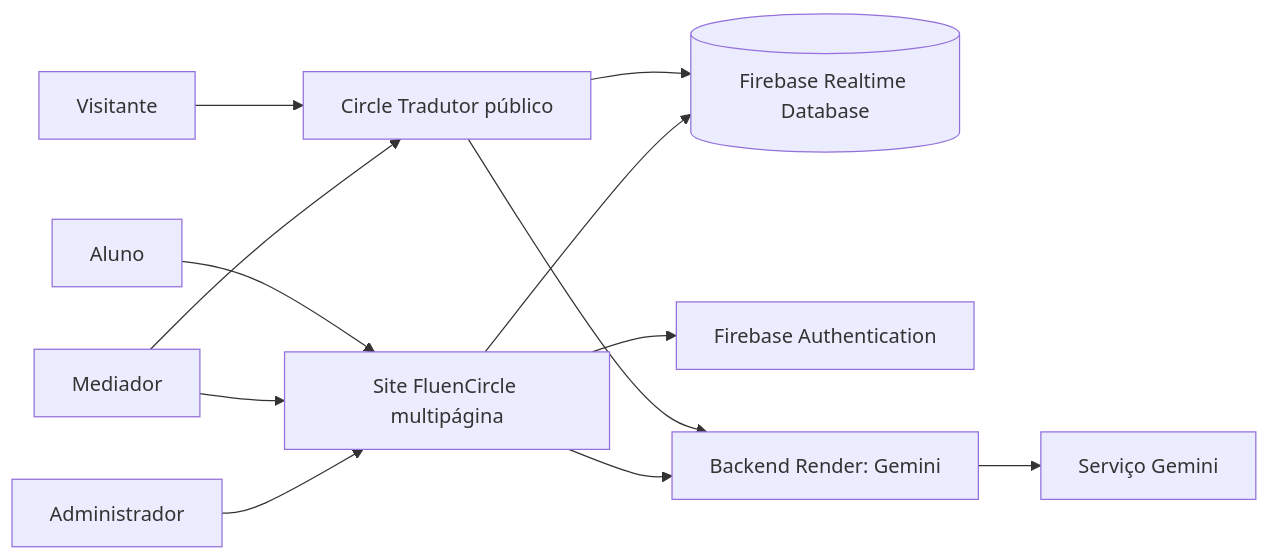
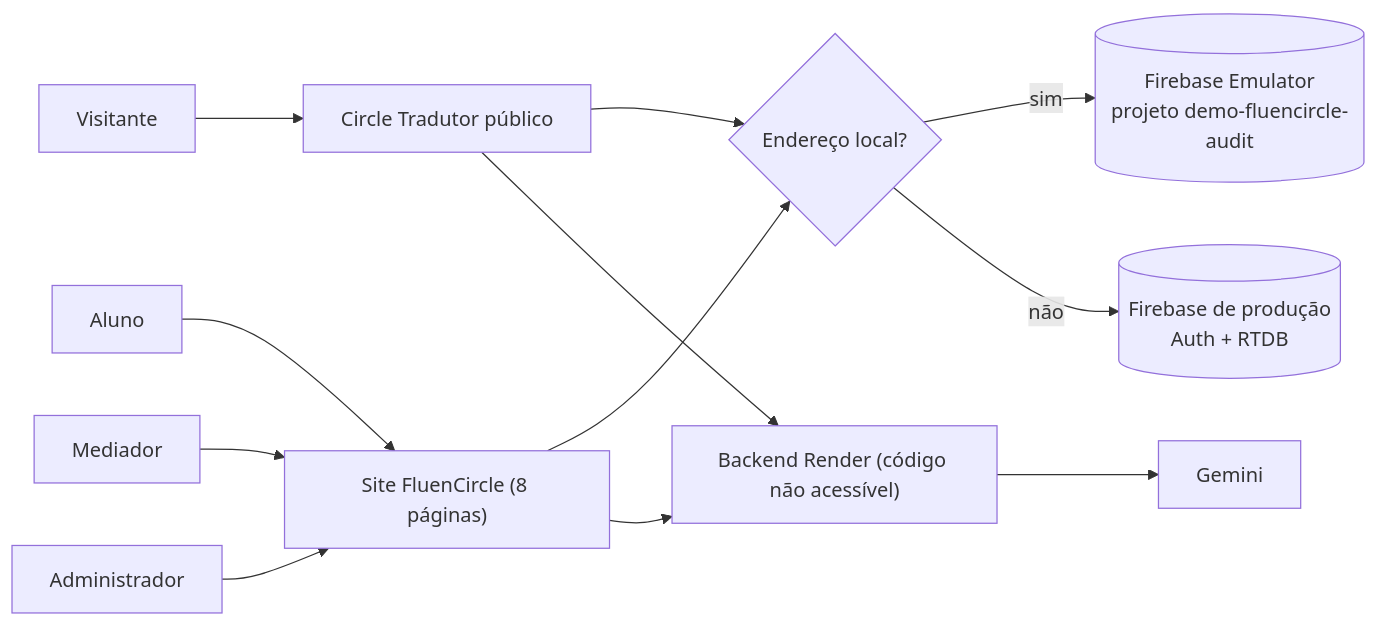
The first of 14 diagrams in docs/diagramas/DIAGRAMAS.md (Lucas-Sperotto/fluencircle-website), drawn with Mermaid before and after one commit. The commit also changed other lines of this file and 3 other files, not shown here.

First line of the commit message:
docs(engenharia): add access matrix, refresh AS-IS/TO-BE diagrams and requirement traceability

````diff
--- a/docs/diagramas/DIAGRAMAS.md
+++ b/docs/diagramas/DIAGRAMAS.md
@@ -7,14 +12,14 @@
 ```mermaid
 flowchart LR
-    G["Visitante"] --> PT["Circle Tradutor público"]
-    A["Aluno"] --> WEB["Site FluenCircle multipágina"]
+    V["Visitante"] --> PT["Circle Tradutor público"]
+    A["Aluno"] --> WEB["Site FluenCircle (8 páginas)"]
     M["Mediador"] --> WEB
     AD["Administrador"] --> WEB
-    M --> PT
-    PT --> DB[("Firebase Realtime Database")]
-    WEB --> AUTH["Firebase Authentication"]
-    WEB --> DB
-    PT --> API["Backend Render: Gemini"]
+    WEB --> ENV{"Endereço local?"}
+    PT --> ENV
+    ENV -- "sim" --> EMU[("Firebase Emulator\nprojeto demo-fluencircle-audit")]
+    ENV -- "não" --> PROD[("Firebase de produção\nAuth + RTDB")]
+    PT --> API["Backend Render (código não acessível)"]
     WEB --> API
-    API --> GEM["Serviço Gemini"]
+    API --> GEM["Gemini"]
 ```
````
